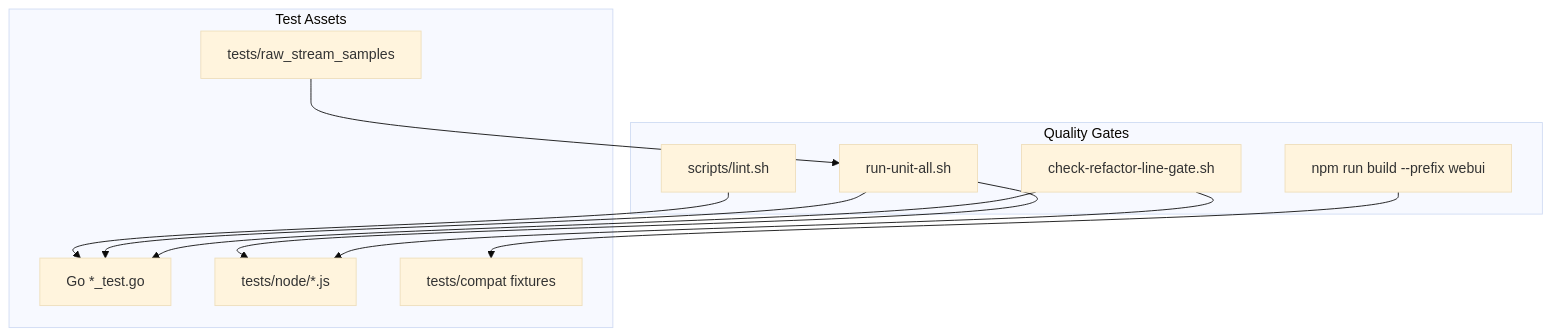
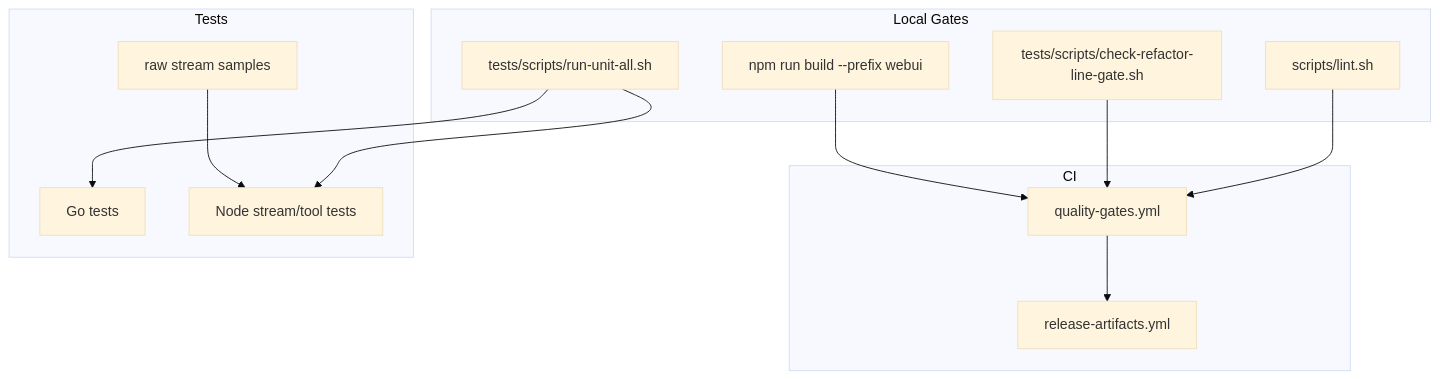
The first of 2 diagrams in docs/Testing and Delivery/Testing and Delivery.md (marklove5102/DeepSeek_Web_To_API), drawn with Mermaid (base theme) before and after one commit. The commit also changed other lines of this file and 27 other files, not shown here.

````diff
--- a/docs/Testing and Delivery/Testing and Delivery.md
+++ b/docs/Testing and Delivery/Testing and Delivery.md
@@ -39,22 +33,25 @@
 ```mermaid
 graph TB
-subgraph "Quality Gates"
+subgraph "Local Gates"
 LINT["scripts/lint.sh"]
-LINE["check-refactor-line-gate.sh"]
-UNIT["run-unit-all.sh"]
+LINE["tests/scripts/check-refactor-line-gate.sh"]
+UNIT["tests/scripts/run-unit-all.sh"]
 WEB["npm run build --prefix webui"]
 end
-subgraph "Test Assets"
-GO["Go *_test.go"]
-NODE["tests/node/*.js"]
-FIX["tests/compat fixtures"]
-RAW["tests/raw_stream_samples"]
+subgraph "CI"
+QG["quality-gates.yml"]
+REL["release-artifacts.yml"]
 end
-LINT --> GO
+subgraph "Tests"
+GO["Go tests"]
+NODE["Node stream/tool tests"]
+RAW["raw stream samples"]
+end
+LINT --> QG
+LINE --> QG
 UNIT --> GO
 UNIT --> NODE
-LINE --> GO
-LINE --> NODE
-WEB --> FIX
-RAW --> UNIT
+WEB --> QG
+RAW --> NODE
+QG --> REL
 ```
````
